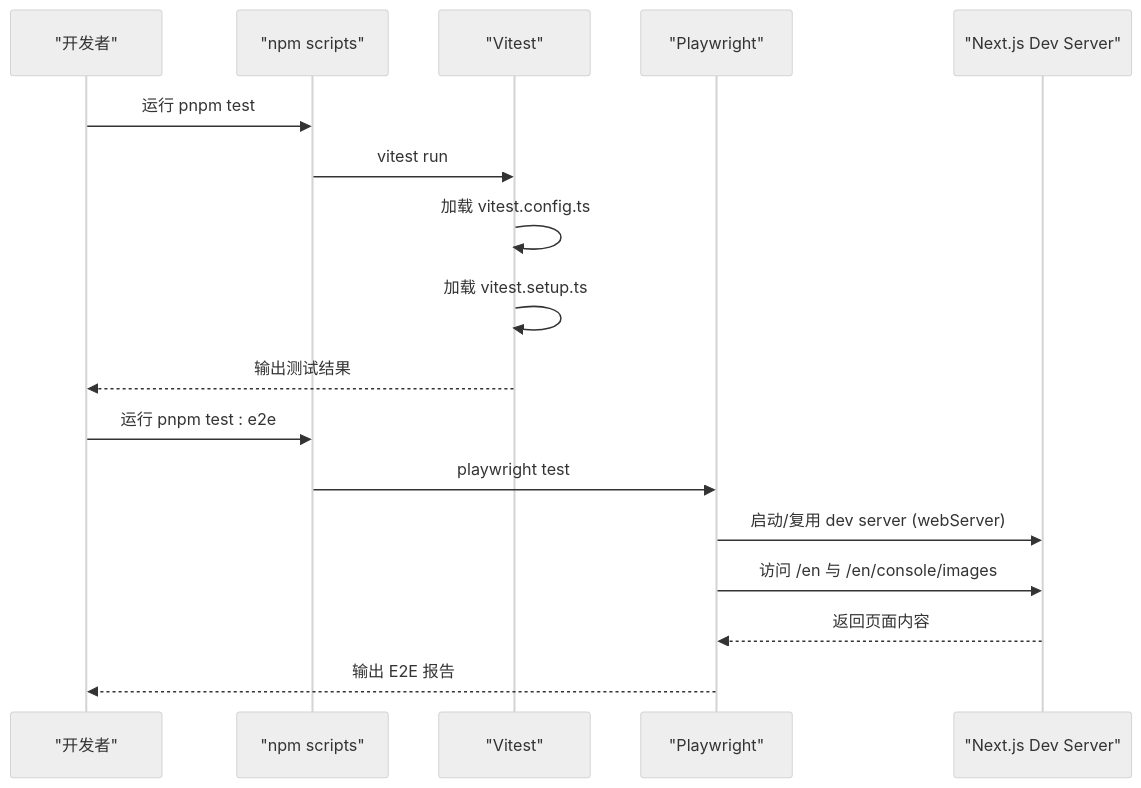
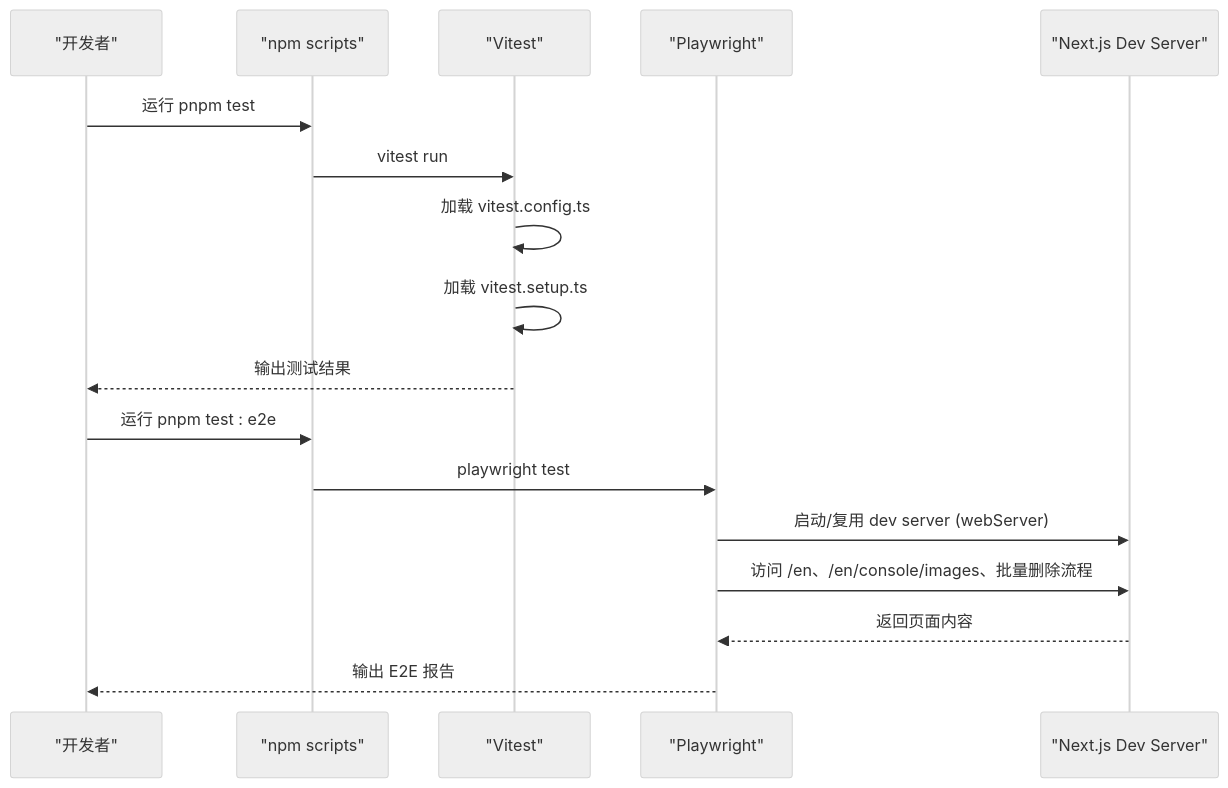
Before and after one commit to pnnh/weable: the second of 6 diagrams in .qoder/repowiki/zh/content/开发指南/测试套件设置.md, drawn with Mermaid (neutral theme). The commit also changed other lines of this file and 133 other files, not shown here.

Commit message:
实现基于浏览器自带AI识别图片内容功能

````diff
--- a/.qoder/repowiki/zh/content/开发指南/测试套件设置.md
+++ b/.qoder/repowiki/zh/content/开发指南/测试套件设置.md
@@ -88,19 +83,19 @@
 ```mermaid
 sequenceDiagram
 participant Dev as "开发者"
 participant NPM as "npm scripts"
 participant V as "Vitest"
 participant PW as "Playwright"
 participant APP as "Next.js Dev Server"
 Dev->>NPM : 运行 pnpm test
 NPM->>V : vitest run
 V->>V : 加载 vitest.config.ts
 V->>V : 加载 vitest.setup.ts
 V-->>Dev : 输出测试结果
 Dev->>NPM : 运行 pnpm test : e2e
 NPM->>PW : playwright test
 PW->>APP : 启动/复用 dev server (webServer)
-PW->>APP : 访问 /en 与 /en/console/images
+PW->>APP : 访问 /en、/en/console/images、批量删除流程
 APP-->>PW : 返回页面内容
 PW-->>Dev : 输出 E2E 报告
 ```
````
